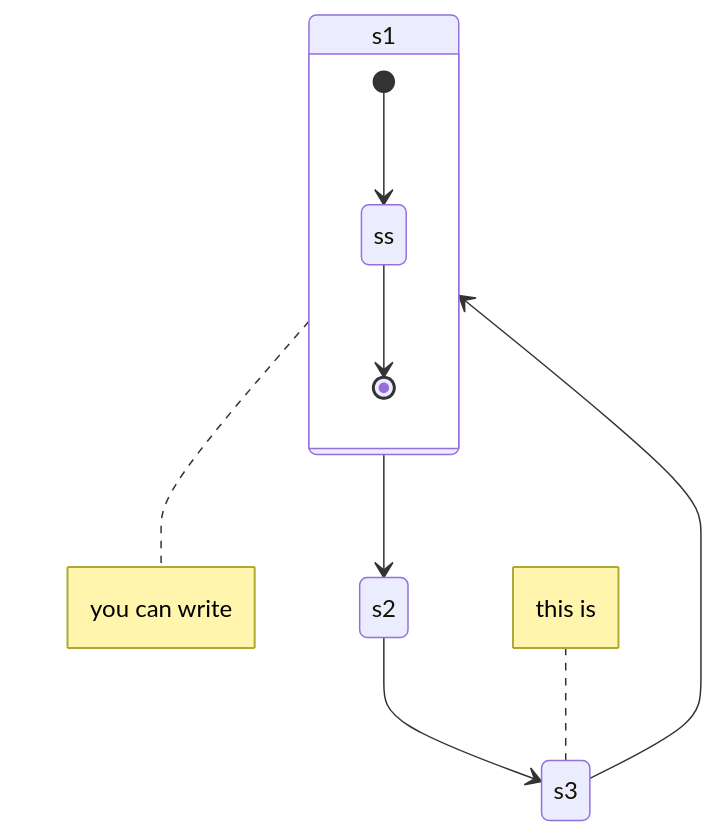
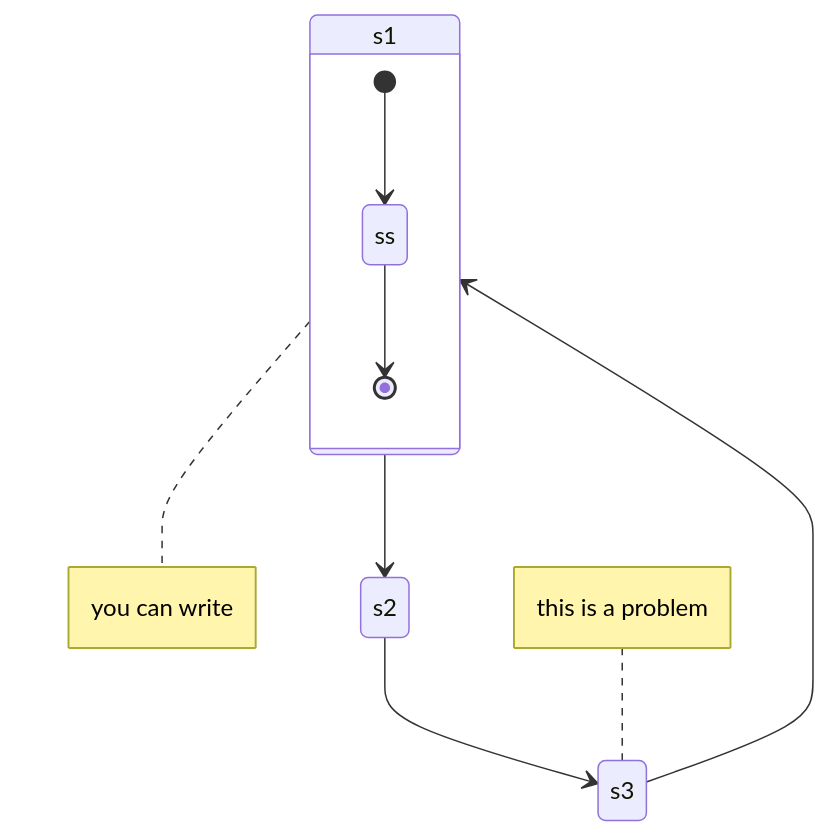
The fourth of 5 diagrams in mygame/md/graph.md (wulazhou/hello), drawn with Mermaid before and after one commit.

````diff
--- a/mygame/md/graph.md
+++ b/mygame/md/graph.md
@@ -57,16 +57,17 @@
 ```mermaid
     stateDiagram
     s1 --> s2
     s2 --> s3
     s3 --> s1
     note right of s1
         you can write
     end note
     state s1{
         [*] --> ss
         ss --> [*]
     }
-    note left of s3 : this is
+    note left of s3 : this is a problem
+
 
     
 ```
````
